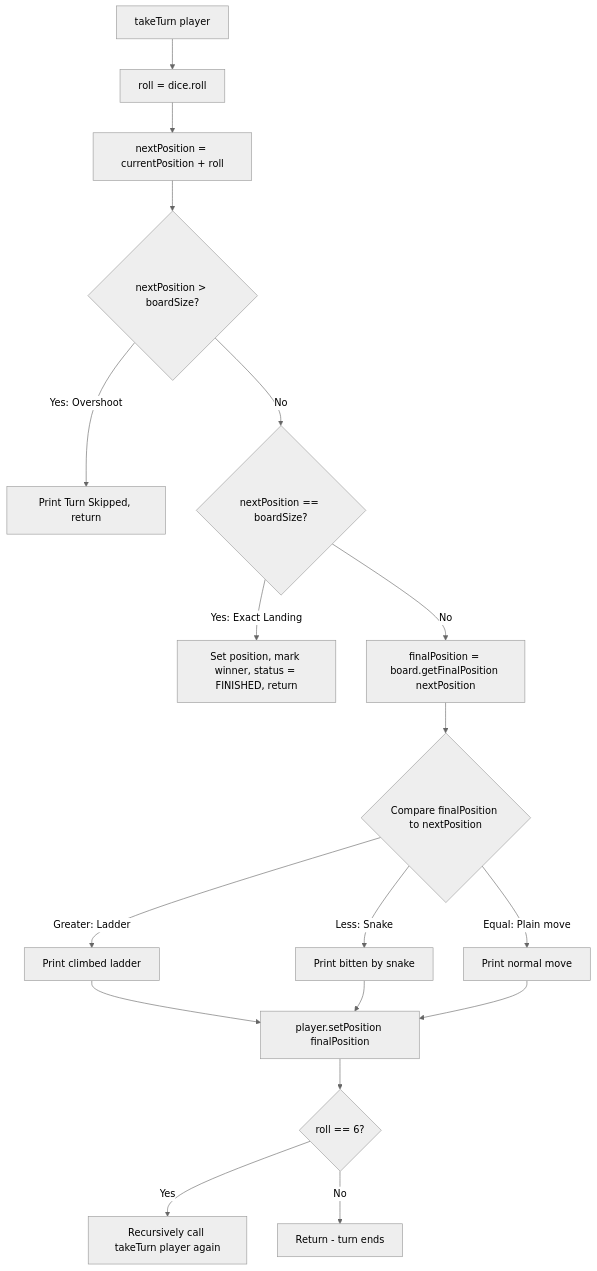
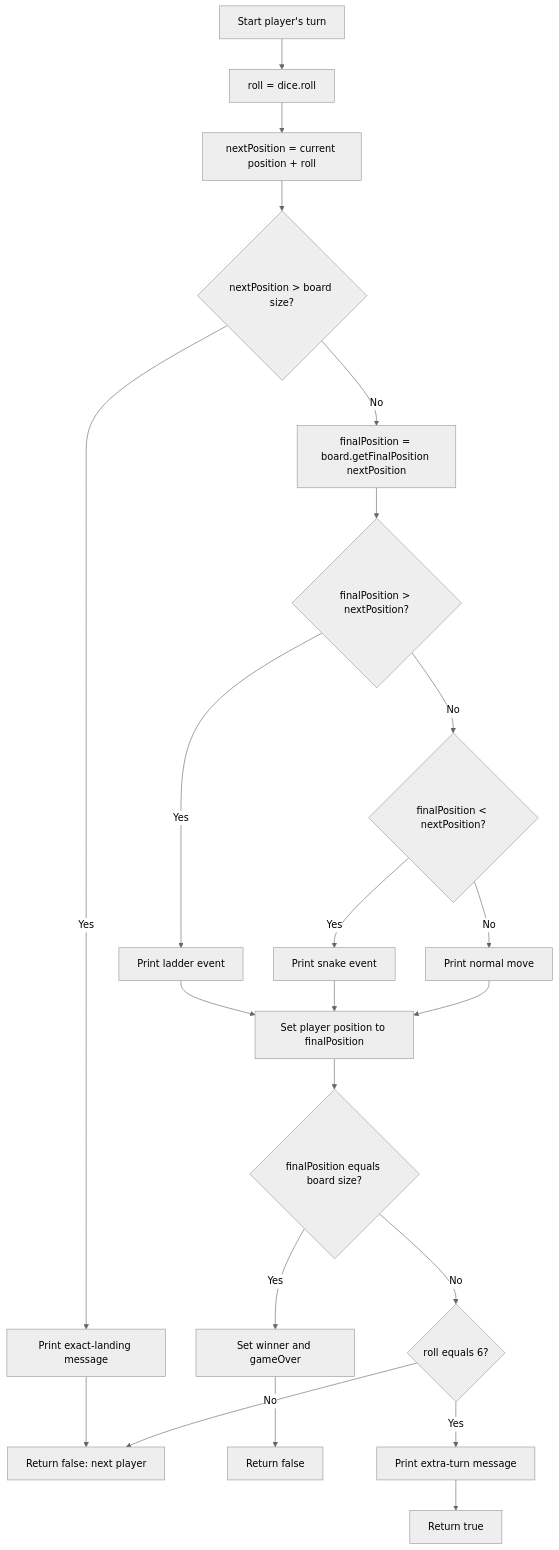
The third of 3 diagrams in solutions/java/src/snakeandladdergame/SnakeAndLadderLLD.md (bhargavtenali/awesome-low-level-design), drawn with Mermaid (neutral theme) before and after one commit. The commit also changed other lines of this file and 12 other files, not shown here.

Commit message:
Optimised Snake and Ladder Game

````diff
--- a/solutions/java/src/snakeandladdergame/SnakeAndLadderLLD.md
+++ b/solutions/java/src/snakeandladdergame/SnakeAndLadderLLD.md
@@ -162,20 +174,24 @@
 ```mermaid
-graph TD
-    A[takeTurn player] --> B[roll = dice.roll]
-    B --> C[nextPosition = currentPosition + roll]
-    C --> D{nextPosition > boardSize?}
-    D -->|Yes: Overshoot| E[Print Turn Skipped, return]
-    D -->|No| F{nextPosition == boardSize?}
-    F -->|Yes: Exact Landing| G[Set position, mark winner, status = FINISHED, return]
-    F -->|No| H[finalPosition = board.getFinalPosition nextPosition]
-    H --> I{Compare finalPosition to nextPosition}
-    I -->|Greater: Ladder| J[Print climbed ladder]
-    I -->|Less: Snake| K[Print bitten by snake]
-    I -->|Equal: Plain move| L[Print normal move]
-    J --> M[player.setPosition finalPosition]
-    K --> M
-    L --> M
-    M --> N{roll == 6?}
-    N -->|Yes| O[Recursively call takeTurn player again]
-    N -->|No| P[Return - turn ends]
+flowchart TD
+    A[Start player's turn] --> B[roll = dice.roll]
+    B --> C[nextPosition = current position + roll]
+    C --> D{nextPosition > board size?}
+    D -->|Yes| E[Print exact-landing message]
+    E --> Z[Return false: next player]
+    D -->|No| F[finalPosition = board.getFinalPosition nextPosition]
+    F --> G{finalPosition > nextPosition?}
+    G -->|Yes| H[Print ladder event]
+    G -->|No| I{finalPosition < nextPosition?}
+    I -->|Yes| J[Print snake event]
+    I -->|No| K[Print normal move]
+    H --> L[Set player position to finalPosition]
+    J --> L
+    K --> L
+    L --> M{finalPosition equals board size?}
+    M -->|Yes| N[Set winner and gameOver]
+    N --> O[Return false]
+    M -->|No| P{roll equals 6?}
+    P -->|Yes| Q[Print extra-turn message]
+    Q --> R[Return true]
+    P -->|No| Z
 ```
````
